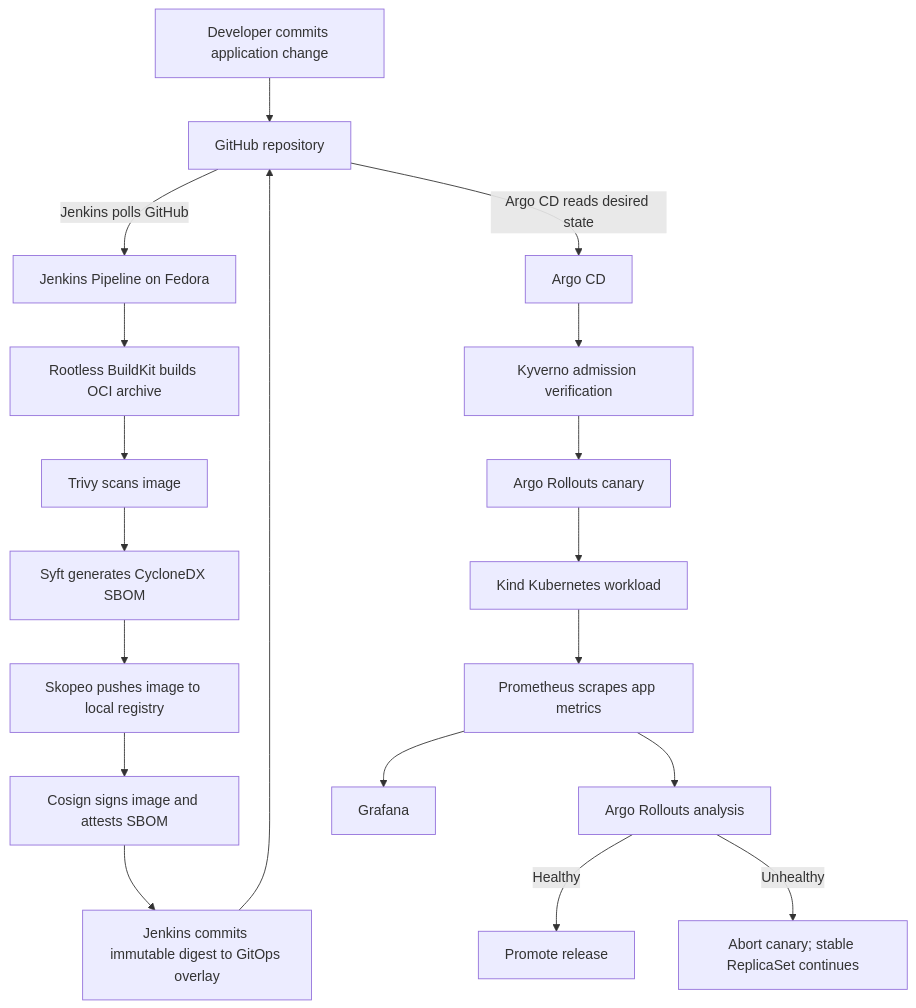
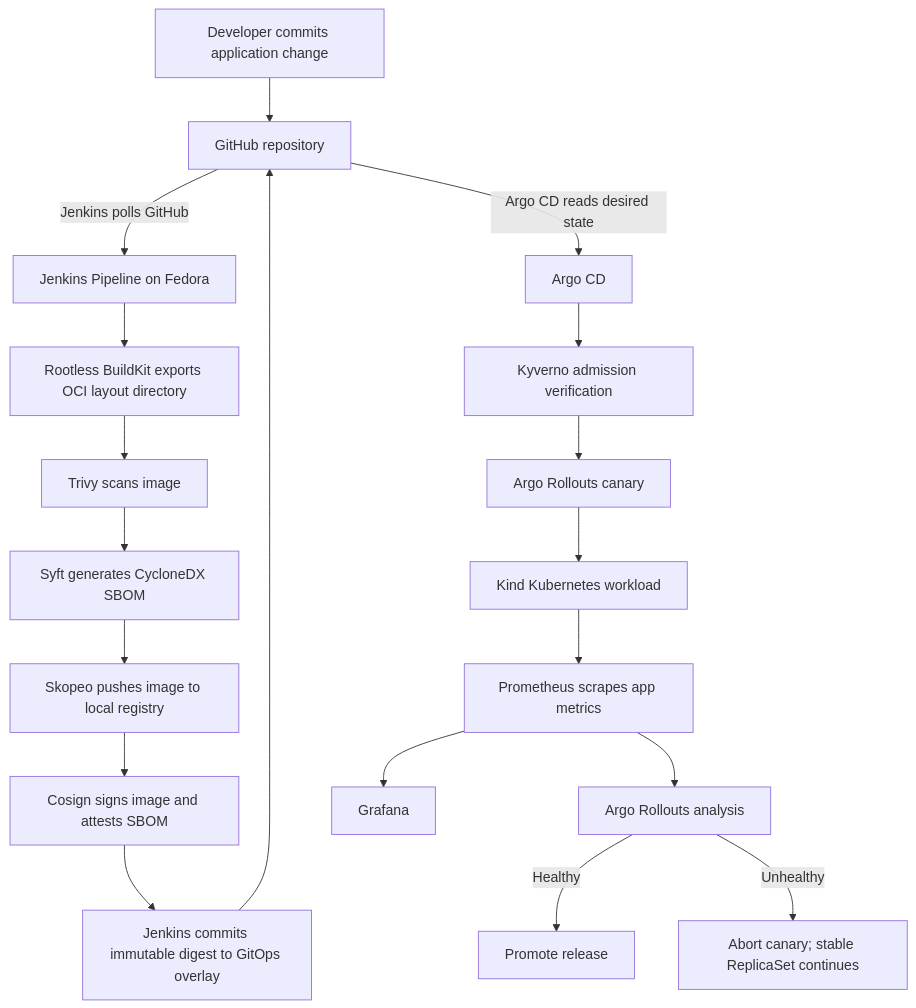
The diagram in README.md (anouarharrou/secure-gitops-delivery-platform), drawn with Mermaid before and after one commit. The commit also changed other lines of this file and 1 other file, not shown here.

````diff
--- a/README.md
+++ b/README.md
@@ -46,21 +47,21 @@
 ```mermaid
 flowchart TD
   A[Developer commits application change] --> B[GitHub repository]
   B -->|Jenkins polls GitHub| C[Jenkins Pipeline on Fedora]
-  C --> D[Rootless BuildKit builds OCI archive]
+  C --> D[Rootless BuildKit exports OCI layout directory]
   D --> E[Trivy scans image]
   E --> F[Syft generates CycloneDX SBOM]
   F --> G[Skopeo pushes image to local registry]
   G --> H[Cosign signs image and attests SBOM]
   H --> I[Jenkins commits immutable digest to GitOps overlay]
   I --> B
   B -->|Argo CD reads desired state| J[Argo CD]
   J --> K[Kyverno admission verification]
   K --> L[Argo Rollouts canary]
   L --> M[Kind Kubernetes workload]
   M --> N[Prometheus scrapes app metrics]
   N --> O[Argo Rollouts analysis]
   O -->|Healthy| P[Promote release]
   O -->|Unhealthy| Q[Abort canary; stable ReplicaSet continues]
   N --> R[Grafana]
 ```
````
